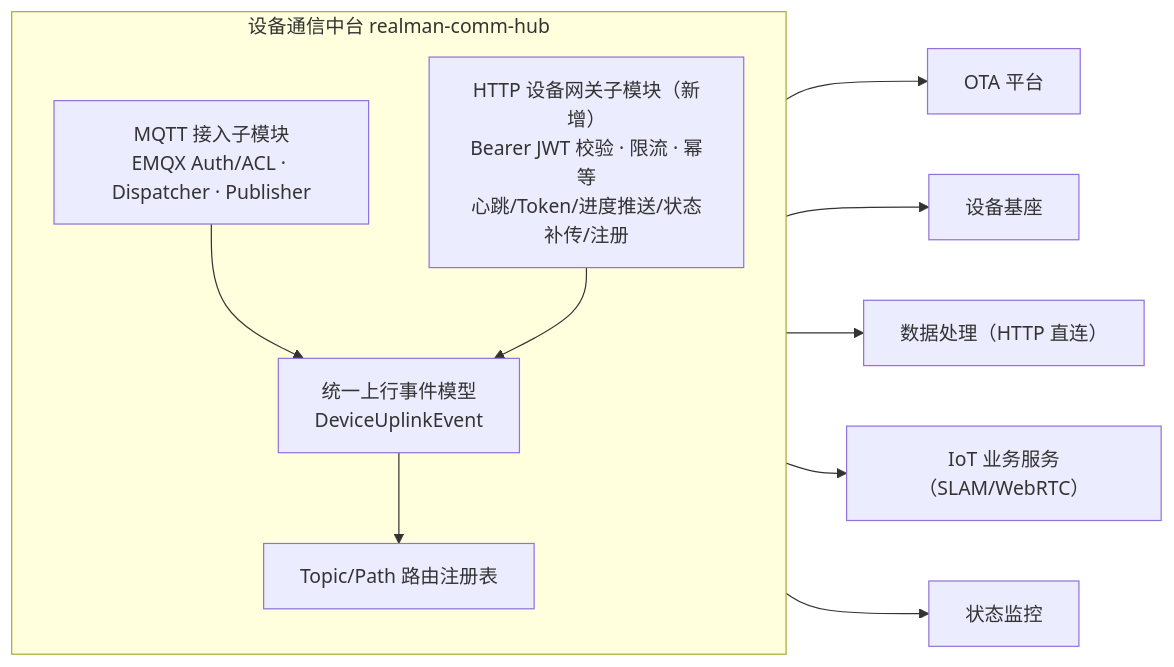
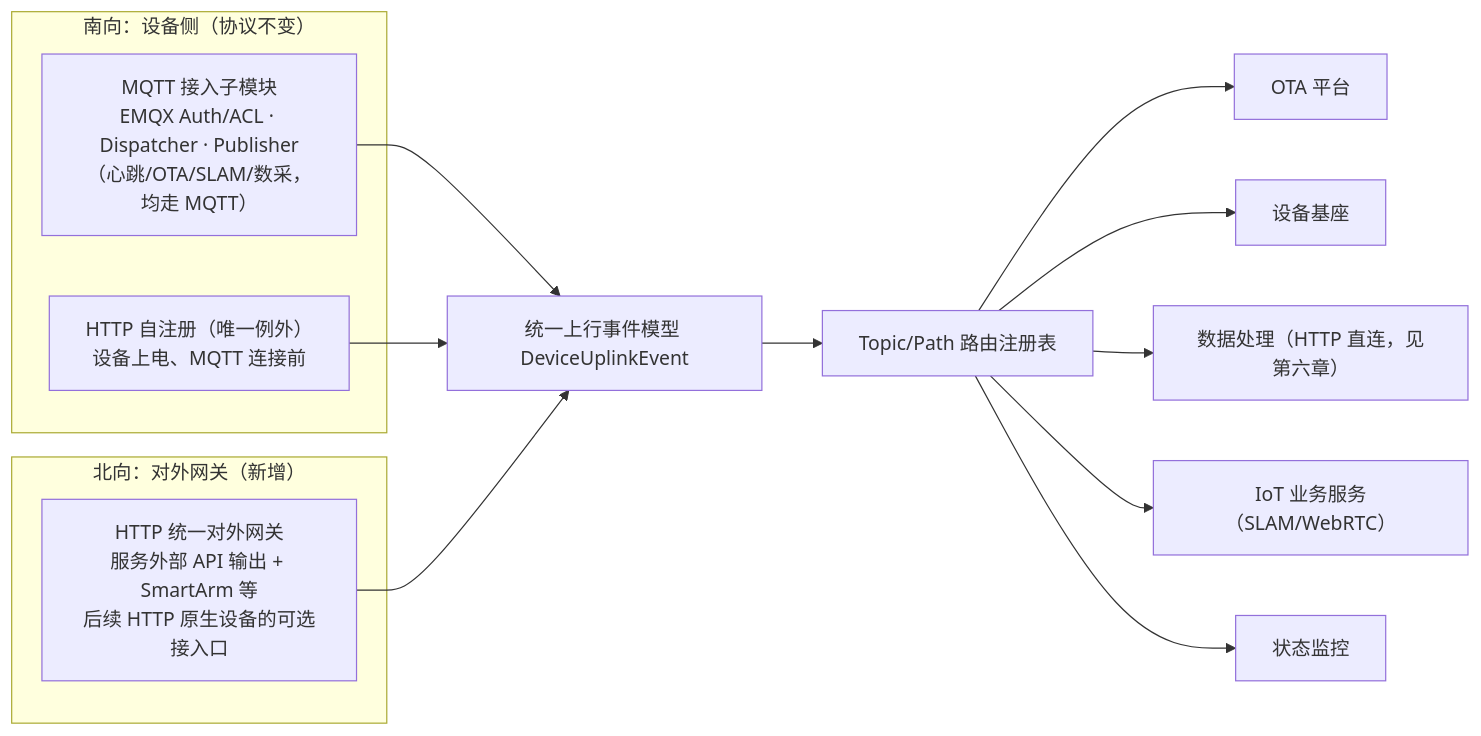
The second of 2 diagrams in docs/design/2026-07-07-darwin-platform-v2-capability-bus-and-comm-hub.md (zhenyue2021/realman), drawn with Mermaid before and after one commit. The commit also changed other lines of this file and 3 other files, not shown here.

````diff
--- a/docs/design/2026-07-07-darwin-platform-v2-capability-bus-and-comm-hub.md
+++ b/docs/design/2026-07-07-darwin-platform-v2-capability-bus-and-comm-hub.md
@@ -207,18 +222,22 @@
 ```mermaid
 flowchart LR
-  subgraph CH["设备通信中台 realman-comm-hub"]
-    direction TB
-    MQTTIN["MQTT 接入子模块\nEMQX Auth/ACL · Dispatcher · Publisher"]
-    HTTPIN["HTTP 设备网关子模块（新增）\nBearer JWT 校验 · 限流 · 幂等\n心跳/Token/进度推送/状态补传/注册"]
-    NORM["统一上行事件模型\nDeviceUplinkEvent"]
-    ROUTE["Topic/Path 路由注册表"]
-    MQTTIN --> NORM
-    HTTPIN --> NORM
-    NORM --> ROUTE
+  subgraph south["南向：设备侧（协议不变）"]
+    MQTTIN["MQTT 接入子模块\nEMQX Auth/ACL · Dispatcher · Publisher\n（心跳/OTA/SLAM/数采，均走 MQTT）"]
+    PROVISION["HTTP 自注册（唯一例外）\n设备上电、MQTT 连接前"]
   end
+  subgraph north["北向：对外网关（新增）"]
+    HTTPGW["HTTP 统一对外网关\n服务外部 API 输出 + SmartArm 等\n后续 HTTP 原生设备的可选接入口"]
+  end
+  NORM["统一上行事件模型 DeviceUplinkEvent"]
+  ROUTE["Topic/Path 路由注册表"]
+
+  MQTTIN --> NORM
+  PROVISION --> NORM
+  HTTPGW --> NORM
+  NORM --> ROUTE
   ROUTE --> OTA["OTA 平台"]
   ROUTE --> DEVMGMT["设备基座"]
-  ROUTE --> DP["数据处理（HTTP 直连）"]
+  ROUTE --> DP["数据处理（HTTP 直连，见第六章）"]
   ROUTE --> IOT["IoT 业务服务（SLAM/WebRTC）"]
   ROUTE --> MON["状态监控"]
 ```
````
